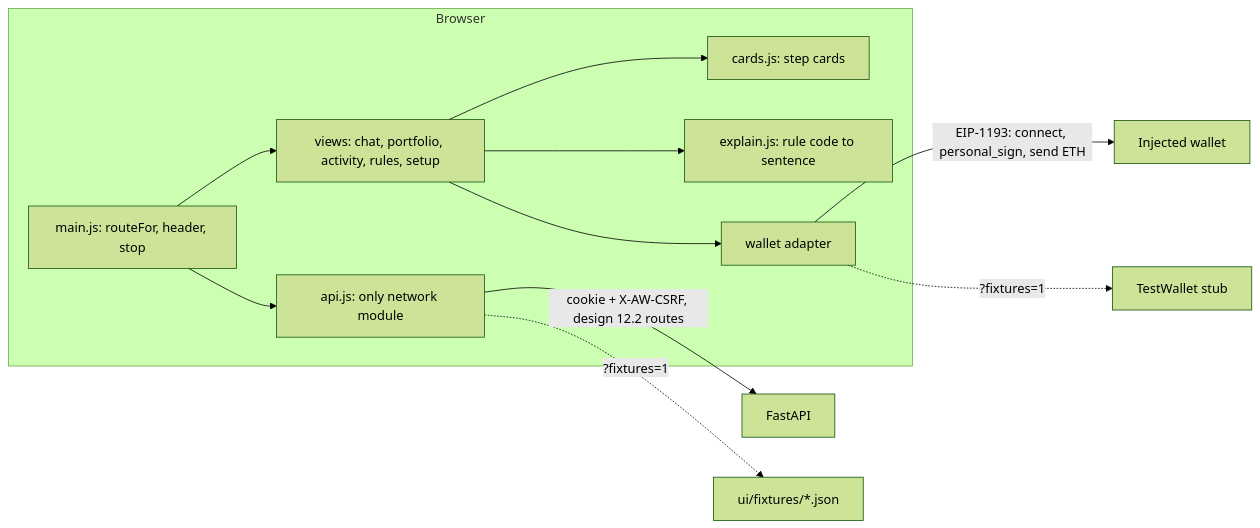
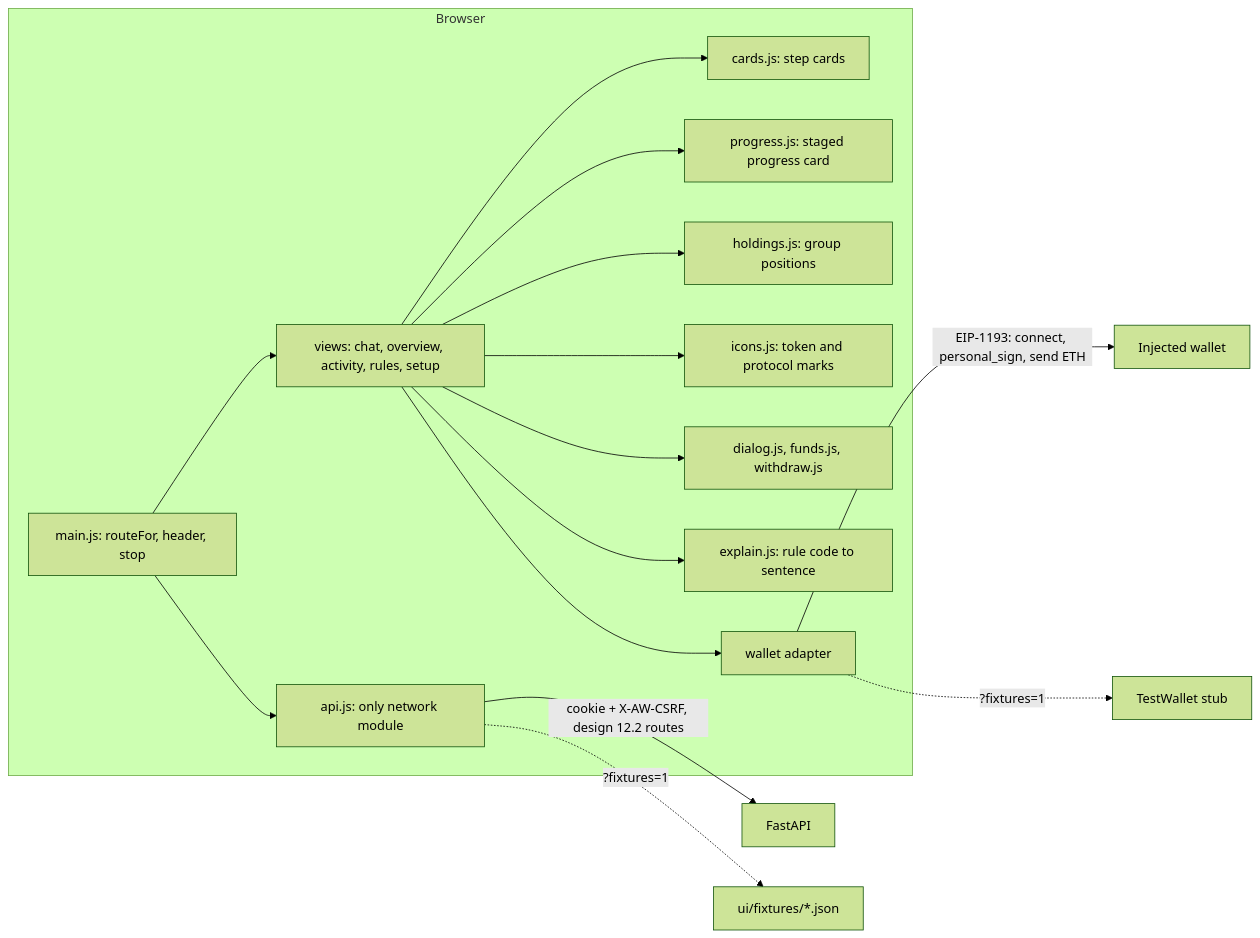
The first of 2 diagrams in docs/architecture/ui.md (thaicuong576/agent-wallet), drawn with Mermaid (forest theme) before and after one commit. The commit also changed other lines of this file and 143 other files, not shown here.

First line of the commit message:
feat(ui): UI v3 - Overview with holdings and icons, progress card, funds dialogs, rules extras (#157)

````diff
--- a/docs/architecture/ui.md
+++ b/docs/architecture/ui.md
@@ -7,14 +7,18 @@
 ```mermaid
 flowchart LR
   subgraph Browser
-    M[main.js: routeFor, header, stop] --> V[views: chat, portfolio, activity, rules, setup]
+    M[main.js: routeFor, header, stop] --> V[views: chat, overview, activity, rules, setup]
     V --> C[cards.js: step cards]
+    V --> P[progress.js: staged progress card]
+    V --> H[holdings.js: group positions]
+    V --> I[icons.js: token and protocol marks]
+    V --> D[dialog.js, funds.js, withdraw.js]
     V --> X[explain.js: rule code to sentence]
     M --> A[api.js: only network module]
     V --> W[wallet adapter]
   end
   W -->|EIP-1193: connect, personal_sign, send ETH| Wlt[Injected wallet]
   A -->|cookie + X-AW-CSRF, design 12.2 routes| S[FastAPI]
   A -.->|?fixtures=1| F[ui/fixtures/*.json]
   W -.->|?fixtures=1| T[TestWallet stub]
 ```
````
